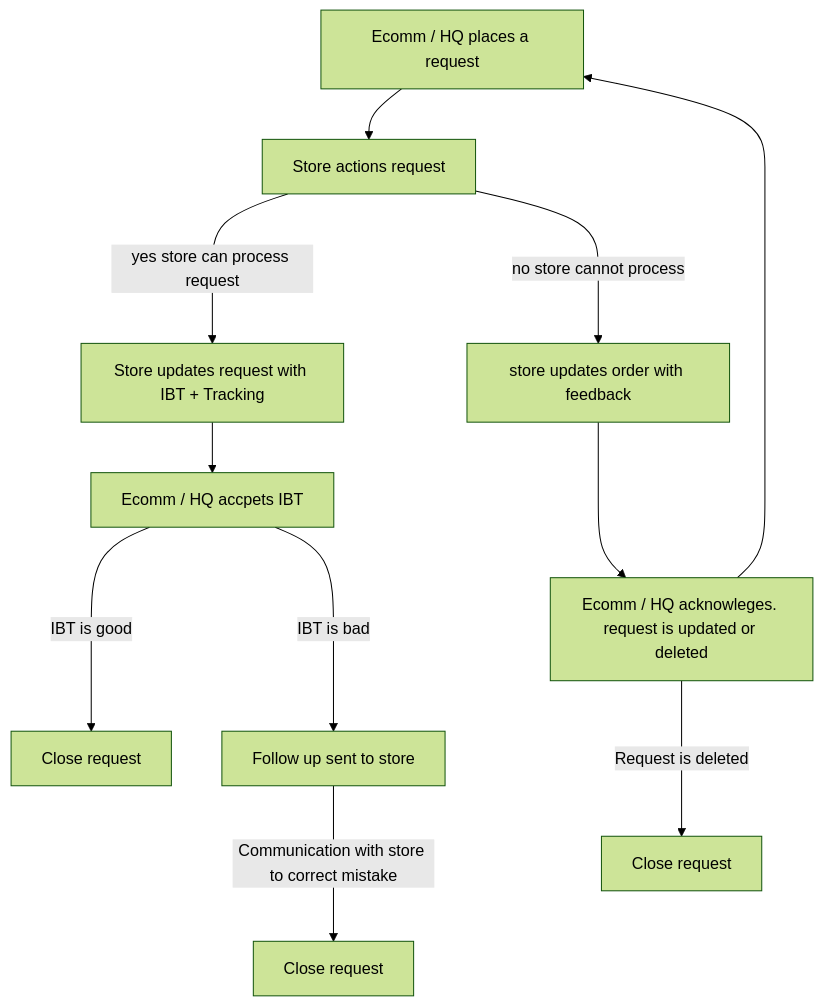
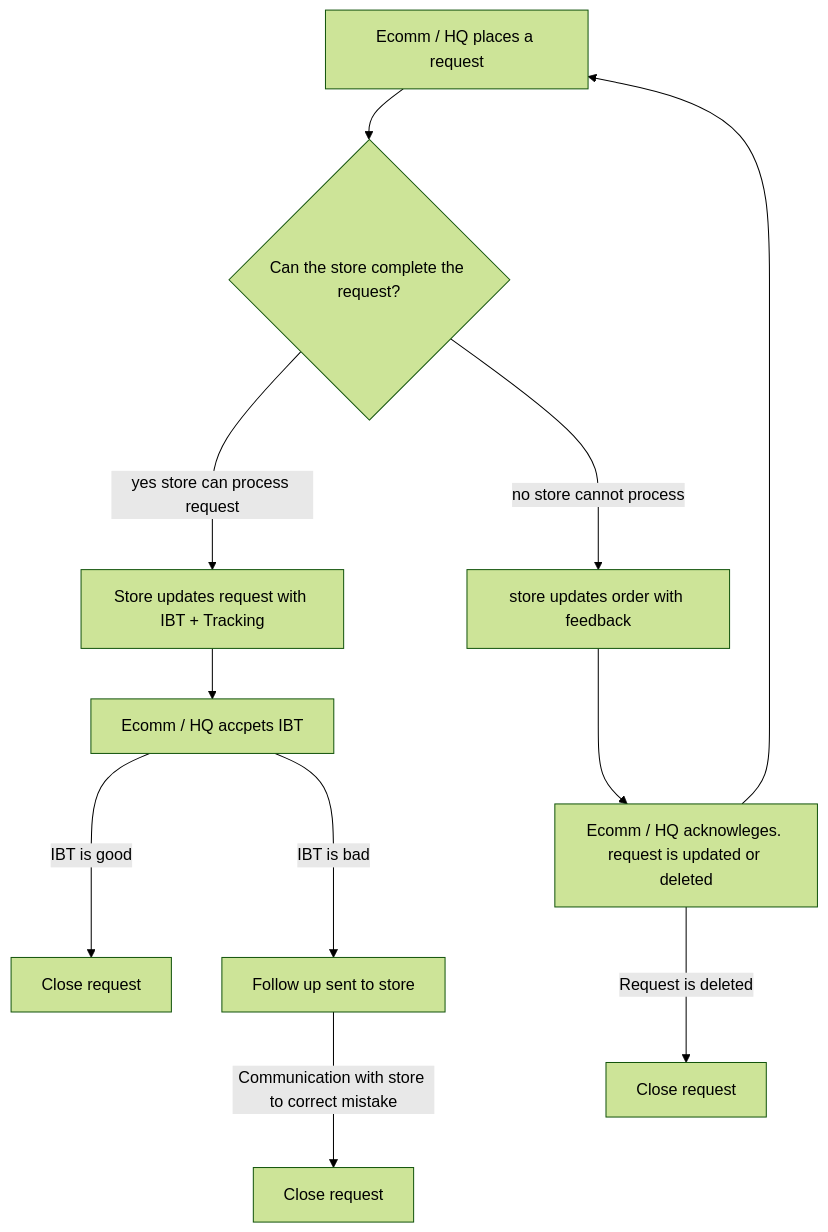
One commit to CapSap/paddy-mern-4 changed the diagram in README.md. Above: the diagram before and after it, drawn with Mermaid (forest theme).

````diff
--- a/README.md
+++ b/README.md
@@ -19,13 +19,13 @@
 ```mermaid
   graph TD;
-      A[Ecomm / HQ places a request] --> B[Store actions request]
+      A[Ecomm / HQ places a request] --> B{Can the store complete the request?}
       B--yes store can process request---> C[Store updates request with IBT + Tracking]
       B--no store cannot process--->D[store updates order with feedback]
       D--->E[Ecomm / HQ acknowleges. request is updated or deleted]
       E-->A
       E--Request is deleted--->I[Close request]
       C-->F[Ecomm / HQ  accpets IBT]
       F --IBT is good---> G[Close request]
       F --IBT is bad ---> H[Follow up sent to store]
       H --Communication with store to correct mistake ---> J[Close request]
 ```
````
